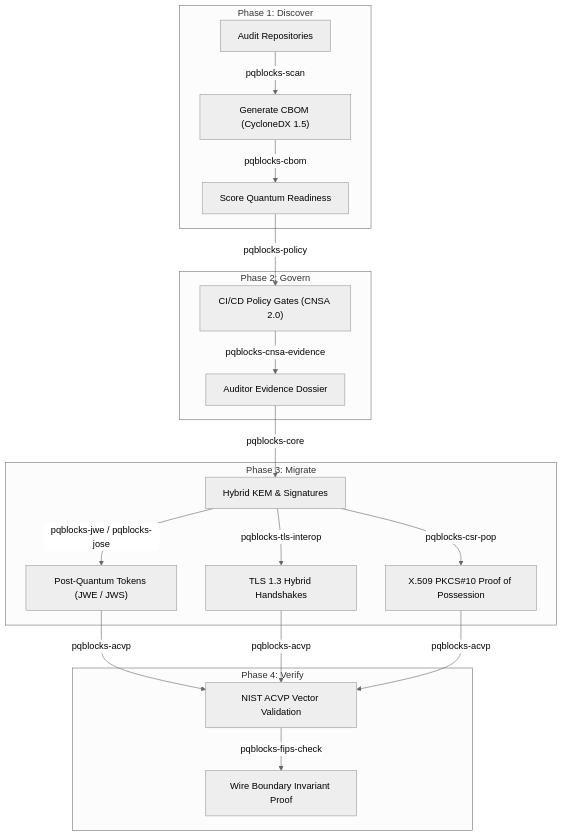
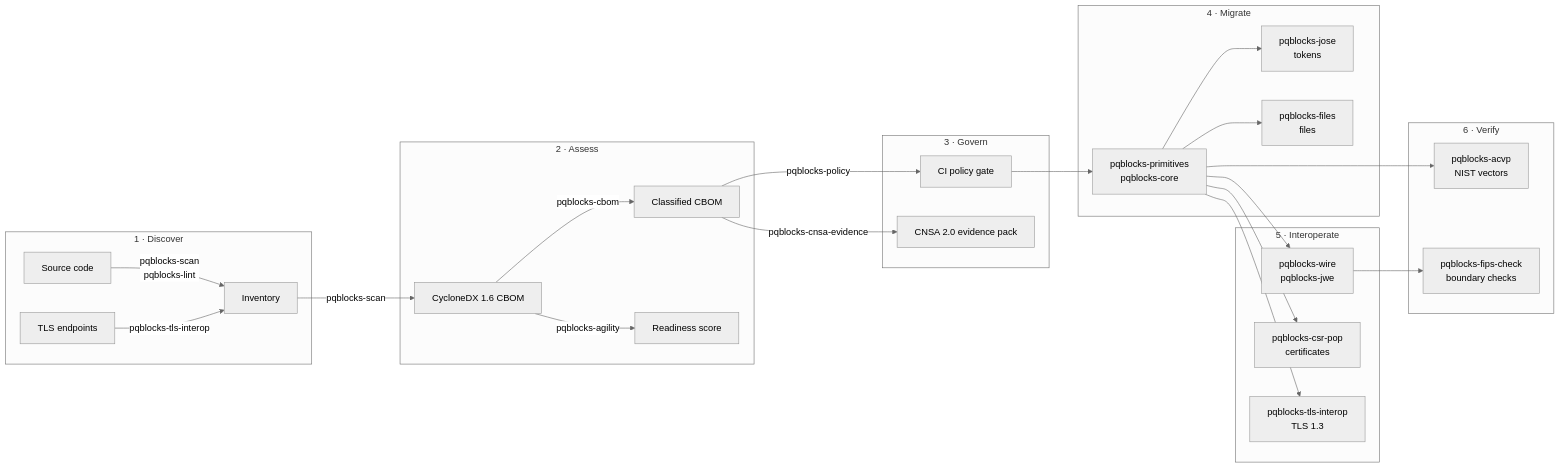
One commit to PQBlocks/pqblocks.github.io changed the diagram in docs/transition-map.md. Above: the diagram before and after it, drawn with Mermaid (neutral theme). The commit also changed other lines of this file and 102 other files, not shown here.

````diff
--- a/docs/transition-map.md
+++ b/docs/transition-map.md
@@ -5,24 +15,30 @@
 ```mermaid
-flowchart TD
-    subgraph Phase 1: Discover
-        A["Audit Repositories"] -->|pqblocks-scan| B["Generate CBOM (CycloneDX 1.5)"]
-        B -->|pqblocks-cbom| C["Score Quantum Readiness"]
+flowchart LR
+    subgraph D[1 · Discover]
+        A[Source code] -->|pqblocks-scan<br/>pqblocks-lint| B[Inventory]
+        T[TLS endpoints] -->|pqblocks-tls-interop| B
     end
-
-    subgraph Phase 2: Govern
-        C -->|pqblocks-policy| D["CI/CD Policy Gates (CNSA 2.0)"]
-        D -->|pqblocks-cnsa-evidence| E["Auditor Evidence Dossier"]
+    subgraph S[2 · Assess]
+        B -->|pqblocks-scan| C[CycloneDX 1.6 CBOM]
+        C -->|pqblocks-cbom| C2[Classified CBOM]
+        C -->|pqblocks-agility| R[Readiness score]
     end
-
-    subgraph Phase 3: Migrate
-        E -->|pqblocks-core| F["Hybrid KEM & Signatures"]
-        F -->|pqblocks-jwe / pqblocks-jose| G["Post-Quantum Tokens (JWE / JWS)"]
-        F -->|pqblocks-tls-interop| H["TLS 1.3 Hybrid Handshakes"]
-        F -->|pqblocks-csr-pop| I["X.509 PKCS#10 Proof of Possession"]
+    subgraph G[3 · Govern]
+        C2 -->|pqblocks-policy| P[CI policy gate]
+        C2 -->|pqblocks-cnsa-evidence| E[CNSA 2.0 evidence pack]
     end
-
-    subgraph Phase 4: Verify
-        G & H & I -->|pqblocks-acvp| J["NIST ACVP Vector Validation"]
-        J -->|pqblocks-fips-check| K["Wire Boundary Invariant Proof"]
+    subgraph M[4 · Migrate]
+        P --> K[pqblocks-primitives<br/>pqblocks-core]
+        K --> J[pqblocks-jose<br/>tokens]
+        K --> F[pqblocks-files<br/>files]
+    end
+    subgraph I[5 · Interoperate]
+        K --> W[pqblocks-wire<br/>pqblocks-jwe]
+        K --> X[pqblocks-csr-pop<br/>certificates]
+        K --> L[pqblocks-tls-interop<br/>TLS 1.3]
+    end
+    subgraph V[6 · Verify]
+        K --> AC[pqblocks-acvp<br/>NIST vectors]
+        W --> FC[pqblocks-fips-check<br/>boundary checks]
     end
 ```
````
